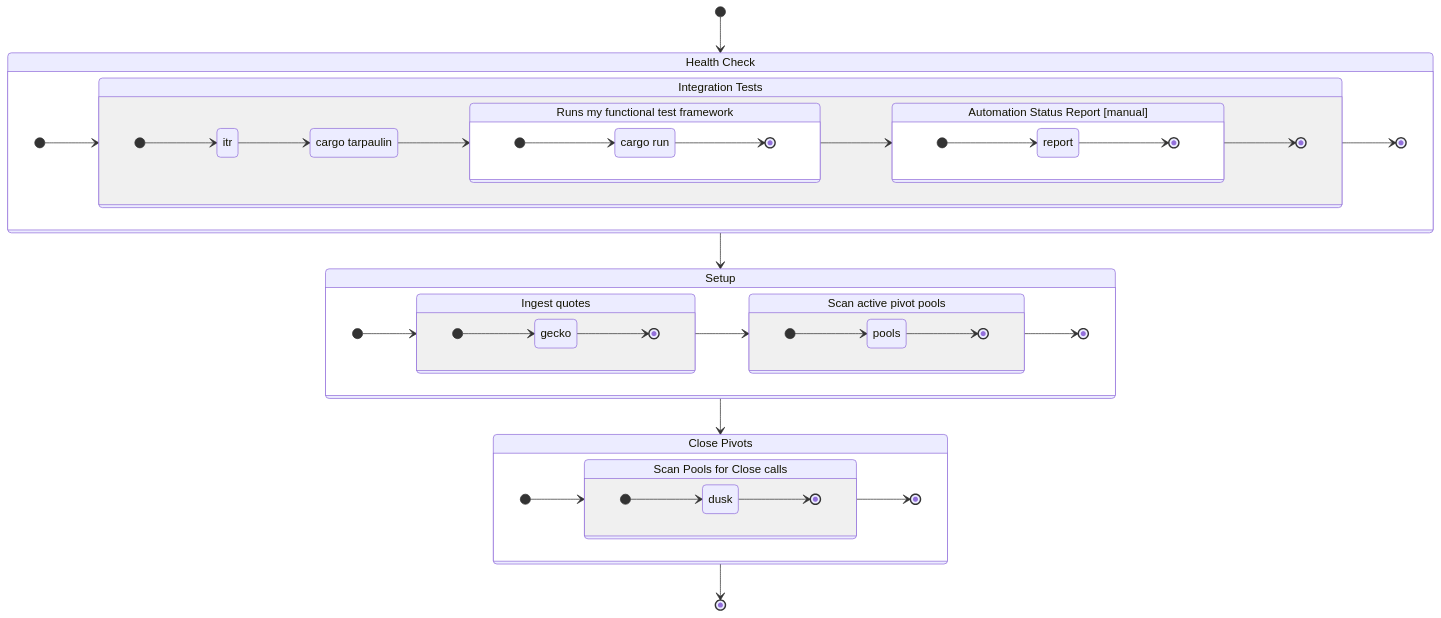
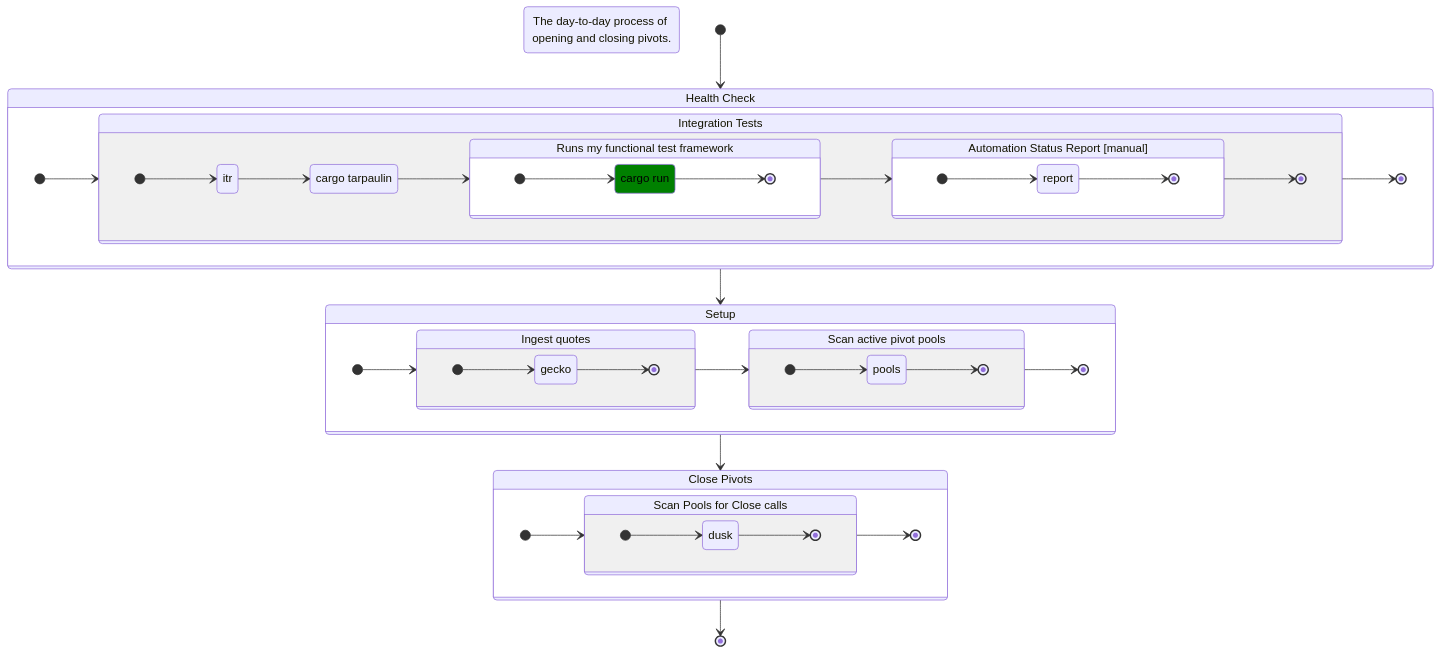
The diagram in dapps/README.md (pivoteur/protocol), drawn with Mermaid before and after one commit.

Commit message:
trying styling on the state-diagram

````diff
--- a/dapps/README.md
+++ b/dapps/README.md
@@ -5,6 +5,17 @@
 ```mermaid
 stateDiagram-v2
+
+   accTitle: Protocol Pivot Arbitrage Workflow
+   accDescription: The day-to-day process of opening and closing pivots.
+
+   classDef inUse fill:green,color:black
+   classDef wip fill:yellow,color:black
+   classDef manual fill:violet,color:white
+   classDef notYet fill:black,color:white
+
+   class Run inUse
    Run: cargo run
+
    [*] --> Tests
    Tests --> Setup
    Setup --> Closes
````
